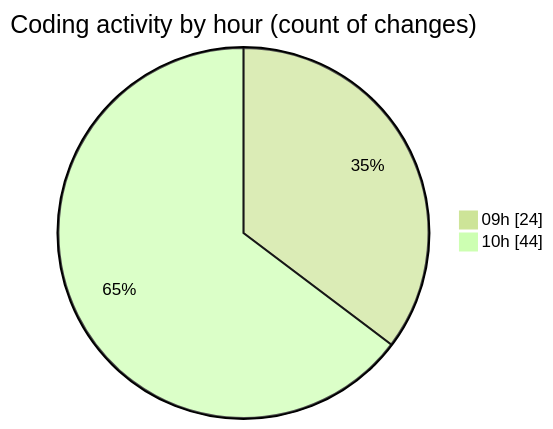
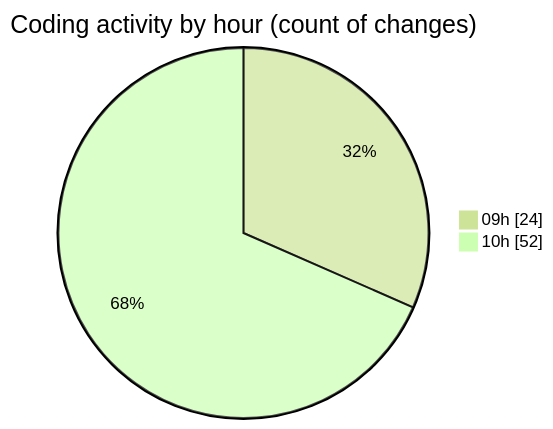
The second of 2 diagrams in 2025-10-07/cda/README.md (momahboobian/code-tracking), drawn with Mermaid (forest theme) before and after one commit. The commit also changed other lines of this file and 1 other file, not shown here.

````diff
--- a/2025-10-07/cda/README.md
+++ b/2025-10-07/cda/README.md
@@ -35,6 +35,6 @@
 ```mermaid
 pie showData
 title Coding activity by hour (count of changes)
 "09h" : 24
-"10h" : 44
+"10h" : 52
 ```
````
